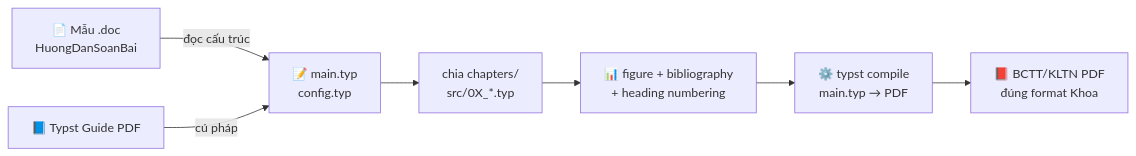
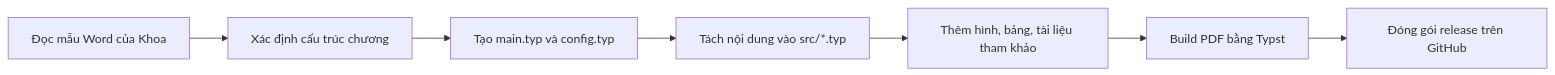
Before and after one commit to lhlizdabezt/HCMUS-DTVT-BaoCao-Templates: the diagram in README.md, drawn with Mermaid. The commit also changed other lines of this file and 7 other files, not shown here.

````diff
--- a/README.md
+++ b/README.md
@@ -74,9 +69,9 @@
 ```mermaid
 flowchart LR
-  A[📄 Mẫu .doc<br/>HuongDanSoanBai] -->|đọc cấu trúc| B[📝 main.typ<br/>config.typ]
-  C[📘 Typst Guide PDF] -->|cú pháp| B
-  B --> D[chia chapters/<br/>src/0X_*.typ]
-  D --> E[📊 figure + bibliography<br/>+ heading numbering]
-  E --> F[⚙️ typst compile<br/>main.typ → PDF]
-  F --> G[📕 BCTT/KLTN PDF<br/>đúng format Khoa]
+  A["Đọc mẫu Word của Khoa"] --> B["Xác định cấu trúc chương"]
+  B --> C["Tạo main.typ và config.typ"]
+  C --> D["Tách nội dung vào src/*.typ"]
+  D --> E["Thêm hình, bảng, tài liệu tham khảo"]
+  E --> F["Build PDF bằng Typst"]
+  F --> G["Đóng gói release trên GitHub"]
 ```
````
